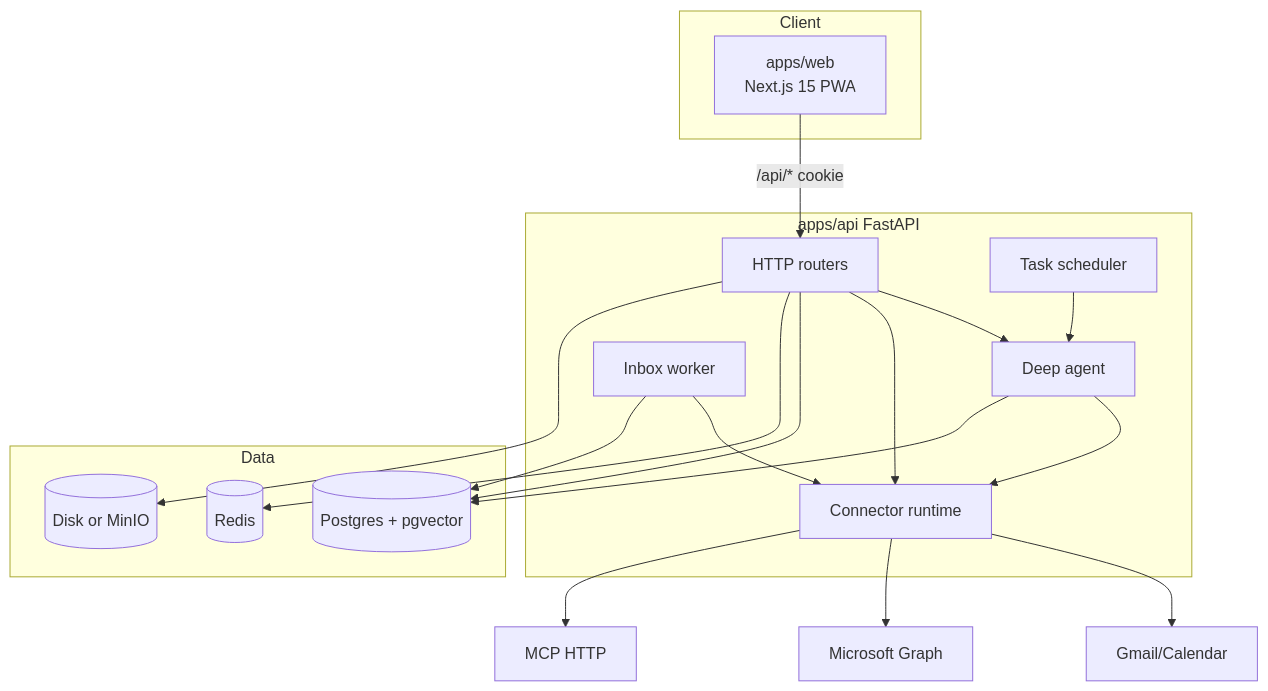
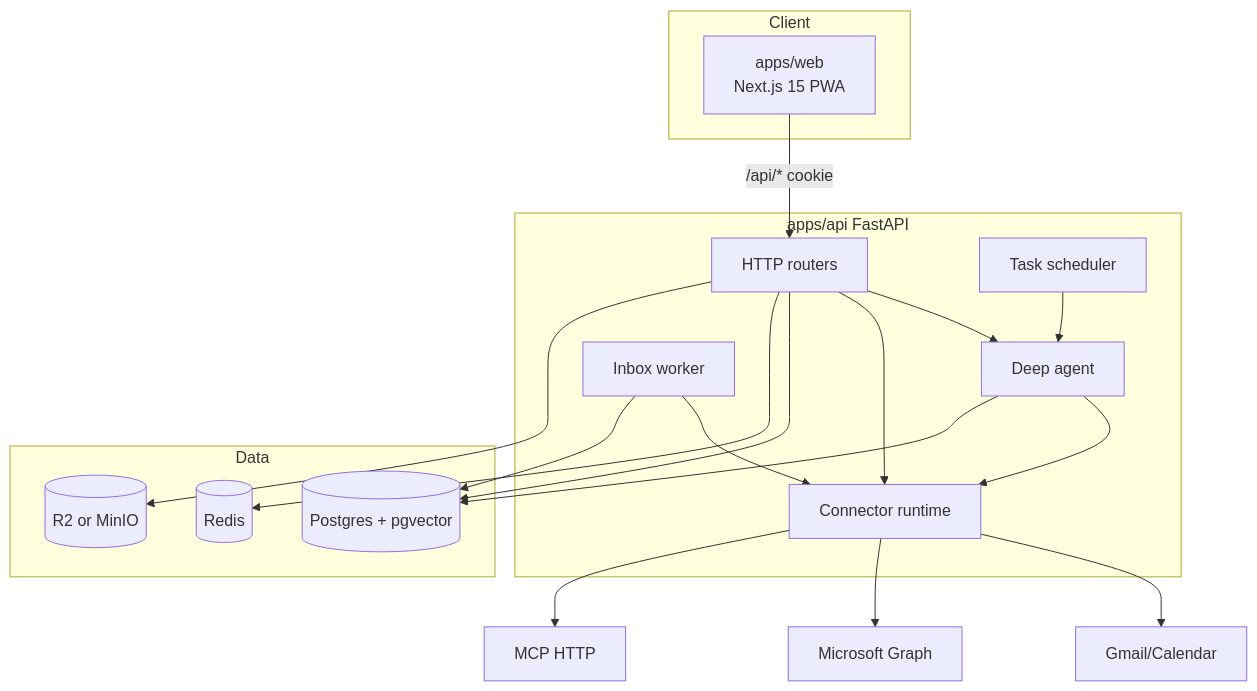
Before and after one commit to specialshweta26/Checkme: the second of 6 diagrams in docs/HLD.md, drawn with Mermaid. The commit also changed other lines of this file and 5 other files, not shown here.

````diff
--- a/docs/HLD.md
+++ b/docs/HLD.md
@@ -53,32 +53,32 @@
 ```mermaid
 flowchart TB
   subgraph Client
     Web["apps/web<br/>Next.js 15 PWA"]
   end
   subgraph API["apps/api FastAPI"]
     HTTP["HTTP routers"]
     Agent["Deep agent"]
     InboxW["Inbox worker"]
     Sched["Task scheduler"]
     Runtime["Connector runtime"]
   end
   subgraph Data
     PG[(Postgres + pgvector)]
     Redis[(Redis)]
-    Files[(Disk or MinIO)]
+    Files[(R2 or MinIO)]
   end
   Web -->|"/api/* cookie"| HTTP
   HTTP --> Agent
   HTTP --> Runtime
   Agent --> Runtime
   InboxW --> Runtime
   Sched --> Agent
   HTTP --> PG
   HTTP --> Redis
   HTTP --> Files
   Agent --> PG
   InboxW --> PG
   Runtime --> GmailAPI[Gmail/Calendar]
   Runtime --> GraphAPI[Microsoft Graph]
   Runtime --> MCP[MCP HTTP]
 ```
````
